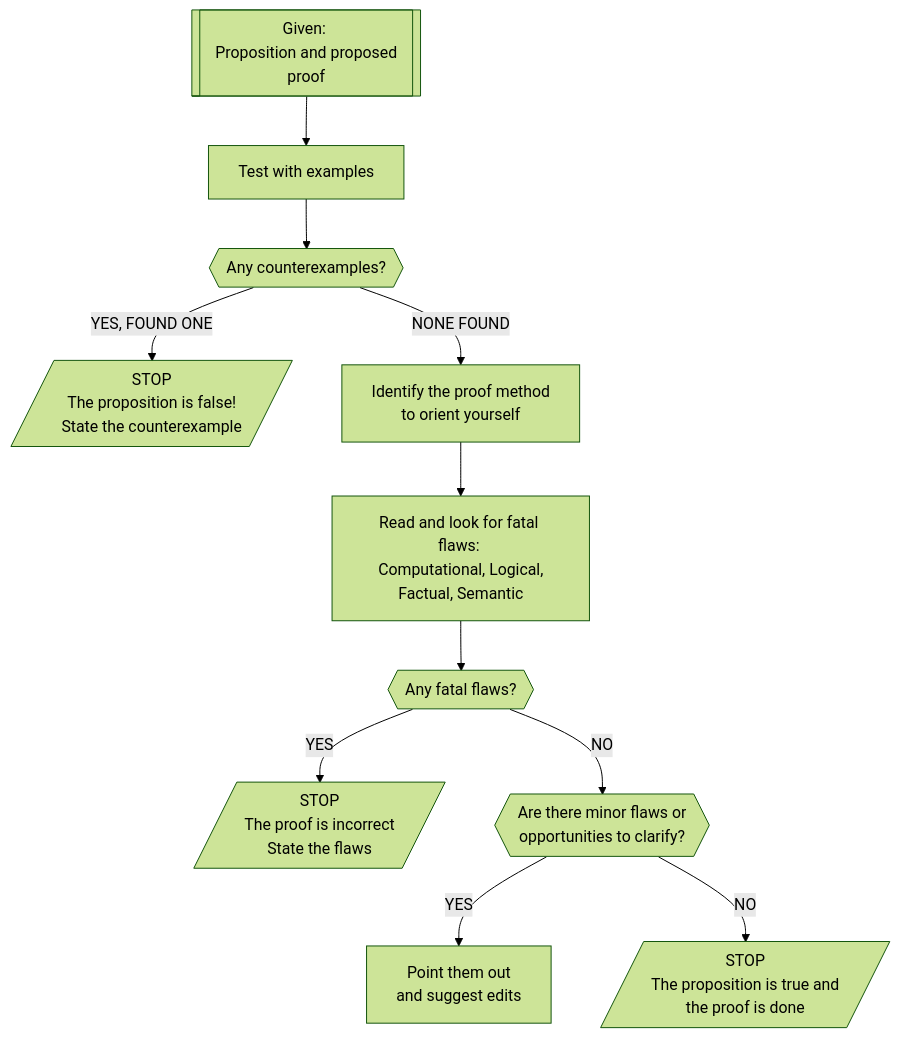
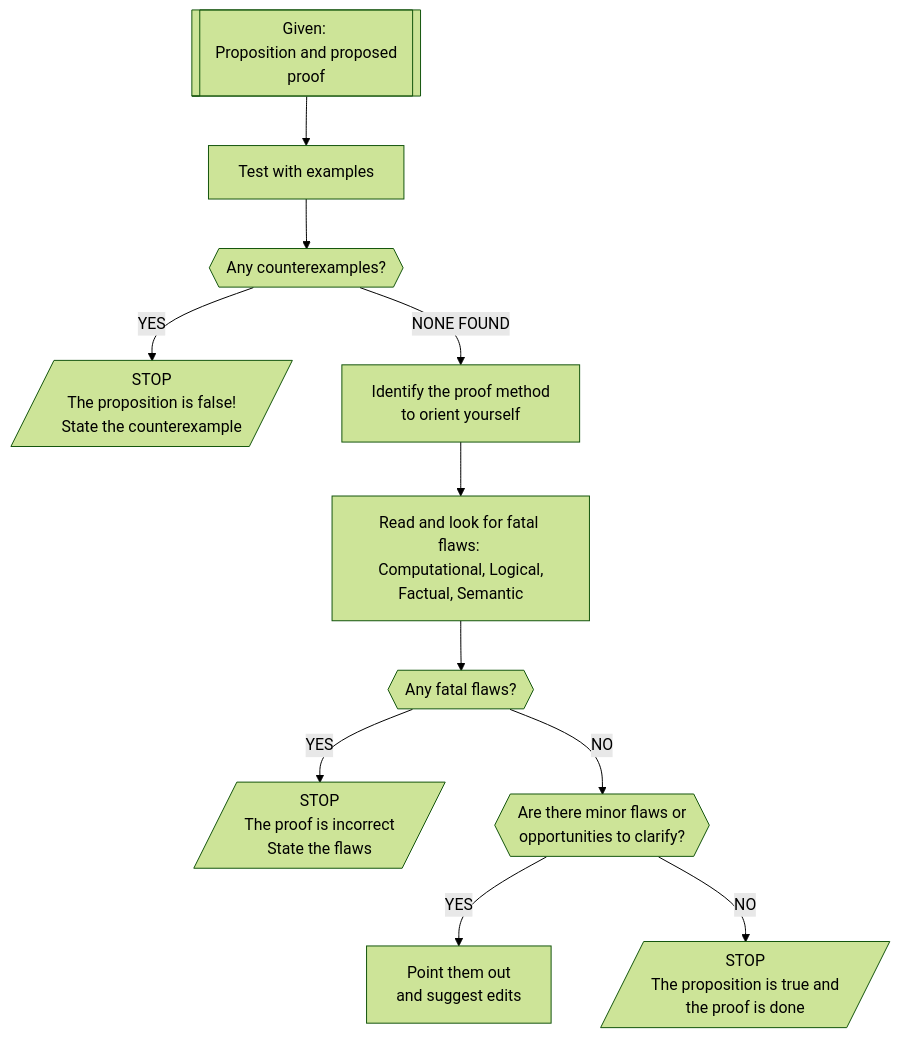
Before and after one commit to RobertTalbert/discretecs: the diagram in MTH325-Fall2022/materials/Critical analyses of proofs.md, drawn with Mermaid (forest theme). The commit also changed other lines of this file and 3 other files, not shown here.

````diff
--- a/MTH325-Fall2022/materials/Critical analyses of proofs.md
+++ b/MTH325-Fall2022/materials/Critical analyses of proofs.md
@@ -18,13 +18,13 @@
 ```mermaid
 graph TD
 start[[Given: <br> Proposition and proposed proof]] --> test[Test with examples]
 test --> cex{{Any counterexamples?}}
-cex -->|YES, FOUND ONE| stop1[/STOP <br> The proposition is false! <br> State the counterexample/]
+cex -->|YES| stop1[/STOP <br> The proposition is false! <br> State the counterexample/]
 cex -->|NONE FOUND| method[Identify the proof method <br> to orient yourself]
 method --> flaws[Read and look for fatal flaws: <br> Computational, Logical, Factual, Semantic]
 flaws --> fls{{Any fatal flaws?}}
 fls -->|YES| stop2[/ STOP <br> The proof is incorrect <br> State the flaws/]
 fls -->|NO| clarity{{Are there minor flaws or <br> opportunities to clarify?}}
 clarity -->|YES| end1[Point them out <br> and suggest edits]
 clarity -->|NO| stop3[/STOP <br> The proposition is true and <br> the proof is done/]
 ```
````
